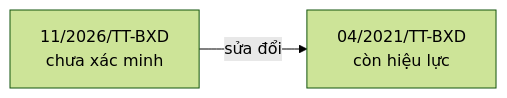
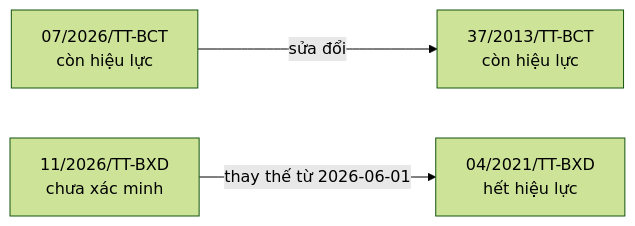
The sixth of 7 diagrams in bao-cao/quan-he.md (ozvietnam/oz-wiki-plhq), drawn with Mermaid (forest theme) before and after one commit. The commit also changed other lines of this file and 49 other files, not shown here.

````diff
--- a/bao-cao/quan-he.md
+++ b/bao-cao/quan-he.md
@@ -108,6 +124,9 @@
 ```mermaid
 flowchart LR
+  n_07_2026_TT_BCT["07/2026/TT-BCT<br/>còn hiệu lực"]
+  n_37_2013_TT_BCT["37/2013/TT-BCT<br/>còn hiệu lực"]
   n_11_2026_TT_BXD["11/2026/TT-BXD<br/>chưa xác minh"]
-  n_04_2021_TT_BXD["04/2021/TT-BXD<br/>còn hiệu lực"]
-  n_11_2026_TT_BXD -->|sửa đổi| n_04_2021_TT_BXD
+  n_04_2021_TT_BXD["04/2021/TT-BXD<br/>hết hiệu lực"]
+  n_07_2026_TT_BCT -->|sửa đổi| n_37_2013_TT_BCT
+  n_11_2026_TT_BXD -->|thay thế từ 2026-06-01| n_04_2021_TT_BXD
 ```
````
